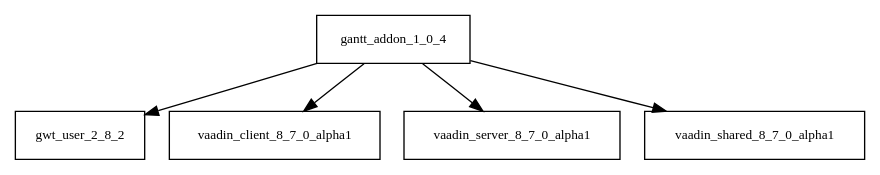
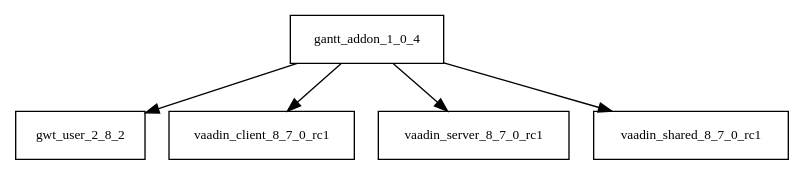
One commit to Hack23/cia changed the diagram in tattleTaleReport/graphviz/gantt-addon-1.0.4.jar/gantt-addon-1.0.4.jar.dot. Above: the diagram before and after it, drawn with Graphviz. The commit also changed 4761 other files, not shown here.

```diff
--- a/tattleTaleReport/graphviz/gantt-addon-1.0.4.jar/gantt-addon-1.0.4.jar.dot
+++ b/tattleTaleReport/graphviz/gantt-addon-1.0.4.jar/gantt-addon-1.0.4.jar.dot
@@ -1,7 +1,7 @@
 digraph gantt_addon_1_0_4_dependencies {
   node [shape = box, fontsize=10.0];
   gantt_addon_1_0_4 -> gwt_user_2_8_2;
-  gantt_addon_1_0_4 -> vaadin_client_8_7_0_alpha1;
-  gantt_addon_1_0_4 -> vaadin_server_8_7_0_alpha1;
-  gantt_addon_1_0_4 -> vaadin_shared_8_7_0_alpha1;
+  gantt_addon_1_0_4 -> vaadin_client_8_7_0_rc1;
+  gantt_addon_1_0_4 -> vaadin_server_8_7_0_rc1;
+  gantt_addon_1_0_4 -> vaadin_shared_8_7_0_rc1;
 }
```
